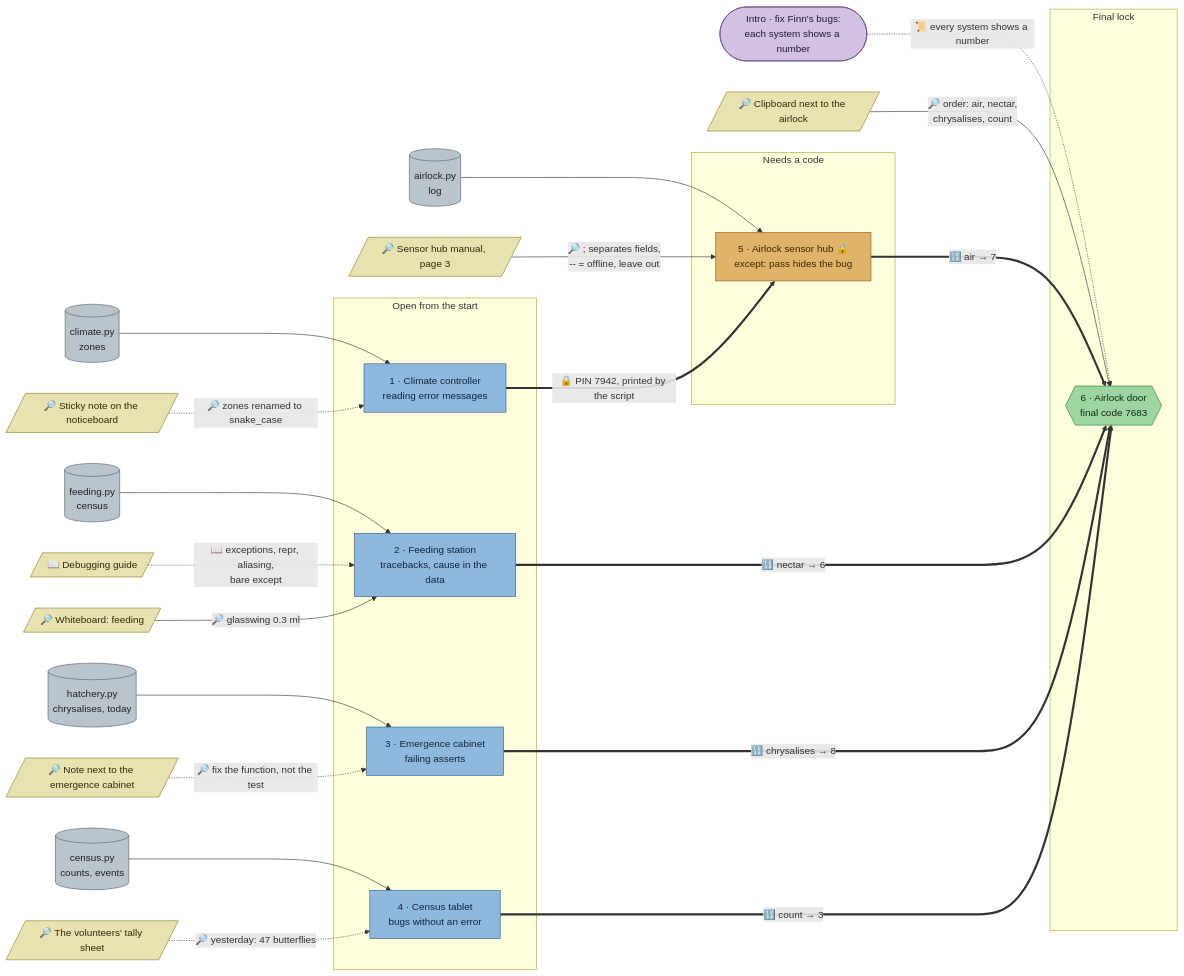
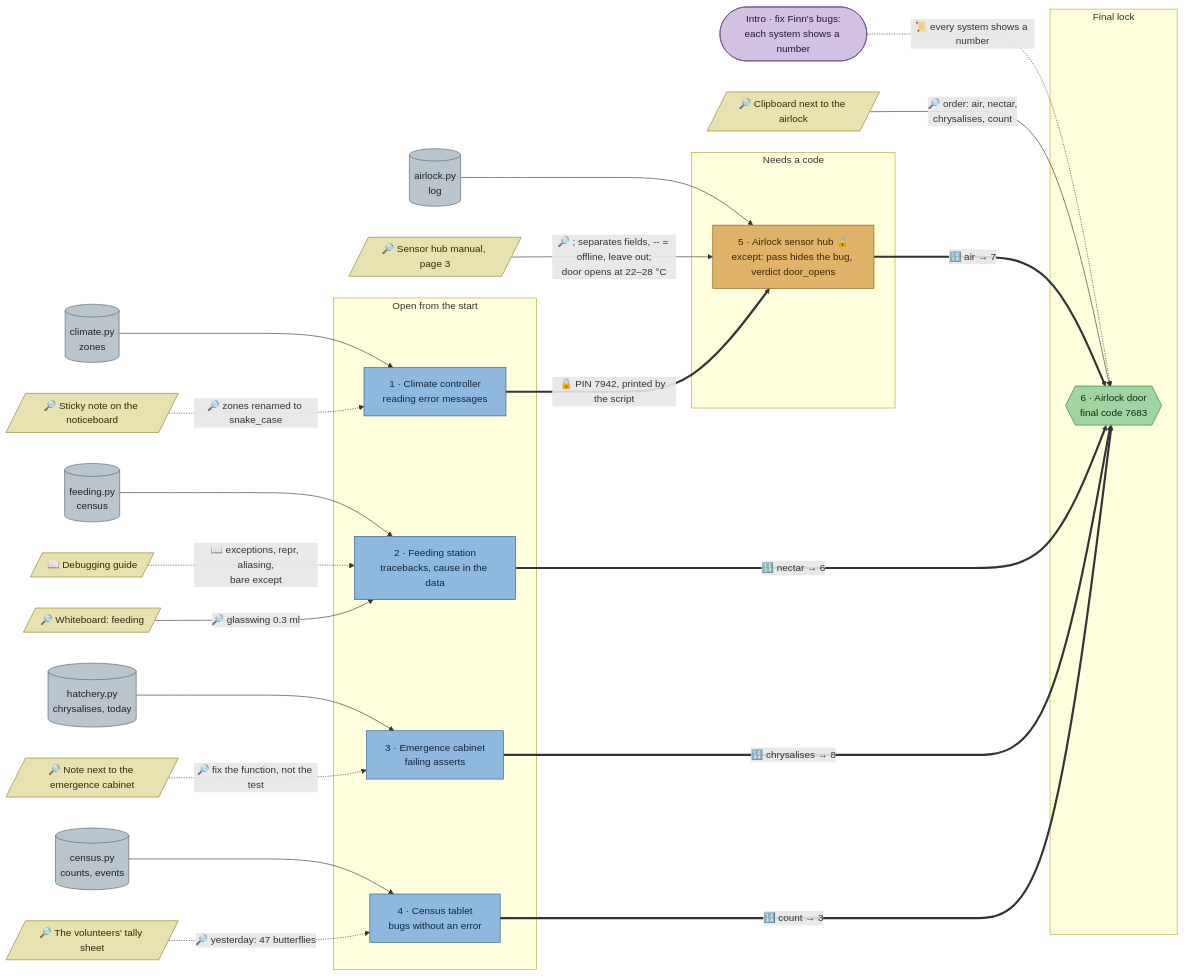
One commit to mhoffmann-wbs/DataScienceEscapeRooms changed the diagram in docs/flows/python-debug.md. Above: the diagram before and after it, drawn with Mermaid. The commit also changed other lines of this file and 13 other files, not shown here.

Commit message:
Quarantine, Silent Archive, Butterfly House, second review: clue pointers only in hints, clues no longer repeat the intro or the starters, the sensor hub ends in a checked door verdict

````diff
--- a/docs/flows/python-debug.md
+++ b/docs/flows/python-debug.md
@@ -7,69 +7,69 @@
 ```mermaid
 flowchart LR
   intro(["Intro · fix Finn's bugs:<br/>each system shows a number"])
   handbook[/"📖 Debugging guide"/]
 
   internnote[/"🔎 Sticky note on the noticeboard"/]
   nectarboard[/"🔎 Whiteboard: feeding"/]
   cabinetnote[/"🔎 Note next to the emergence cabinet"/]
   tallysheet[/"🔎 The volunteers' tally sheet"/]
   sensormanual[/"🔎 Sensor hub manual, page 3"/]
   checklist[/"🔎 Clipboard next to the airlock"/]
 
   d_climate[("climate.py<br/>zones")]
   d_feeding[("feeding.py<br/>census")]
   d_hatchery[("hatchery.py<br/>chrysalises, today")]
   d_census[("census.py<br/>counts, events")]
   d_sensors[("airlock.py<br/>log")]
 
   subgraph p1["Open from the start"]
     climate["1 · Climate controller<br/>reading error messages"]
     feeding["2 · Feeding station<br/>tracebacks, cause in the data"]
     hatchery["3 · Emergence cabinet<br/>failing asserts"]
     census["4 · Census tablet<br/>bugs without an error"]
   end
 
   subgraph p2["Needs a code"]
-    sensors["5 · Airlock sensor hub 🔒<br/>except: pass hides the bug"]
+    sensors["5 · Airlock sensor hub 🔒<br/>except: pass hides the bug, verdict door_opens"]
   end
 
   subgraph p3["Final lock"]
     airlock{{"6 · Airlock door<br/>final code 7683"}}
   end
 
   d_climate --> climate
   d_feeding --> feeding
   d_hatchery --> hatchery
   d_census --> census
   d_sensors --> sensors
 
   intro -.->|"📜 every system shows a number"| airlock
   handbook -.->|"📖 exceptions, repr, aliasing,<br/>bare except"| feeding
 
   internnote -.->|"🔎 zones renamed to snake_case"| climate
   nectarboard -->|"🔎 glasswing 0.3 ml"| feeding
   cabinetnote -.->|"🔎 fix the function, not the test"| hatchery
   tallysheet -.->|"🔎 yesterday: 47 butterflies"| census
-  sensormanual -->|"🔎 ; separates fields,<br/>-- = offline, leave out"| sensors
+  sensormanual -->|"🔎 ; separates fields, -- = offline, leave out;<br/>door opens at 22–28 °C"| sensors
   checklist -->|"🔎 order: air, nectar,<br/>chrysalises, count"| airlock
 
   climate ==>|"🔒 PIN 7942, printed by the script"| sensors
 
   sensors ==>|"🔢 air → 7"| airlock
   feeding ==>|"🔢 nectar → 6"| airlock
   hatchery ==>|"🔢 chrysalises → 8"| airlock
   census ==>|"🔢 count → 3"| airlock
 
   classDef station fill:#8fb8de,stroke:#2b5d8a,color:#10263b
   classDef locked fill:#e0b36a,stroke:#8a5a12,color:#3a2504
   classDef clue fill:#e8e2b0,stroke:#8a7f2b,color:#2e2a0b
   classDef data fill:#b9c4cc,stroke:#55636e,color:#1c2329
   classDef final fill:#9fd4a3,stroke:#2f7a36,color:#0f2e12
   classDef intro fill:#d3c1e3,stroke:#6a4c86,color:#25163a
   class climate,feeding,hatchery,census station
   class sensors locked
   class internnote,nectarboard,cabinetnote,tallysheet,sensormanual,checklist,handbook clue
   class d_climate,d_feeding,d_hatchery,d_census,d_sensors data
   class airlock final
   class intro intro
 ```
````
